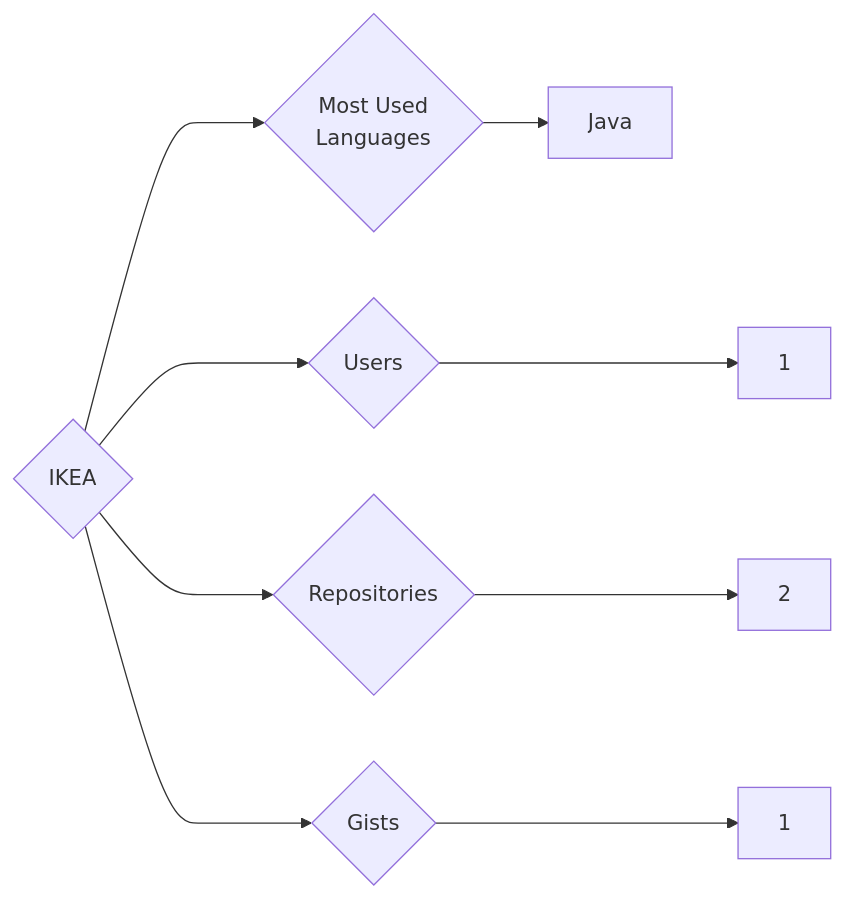
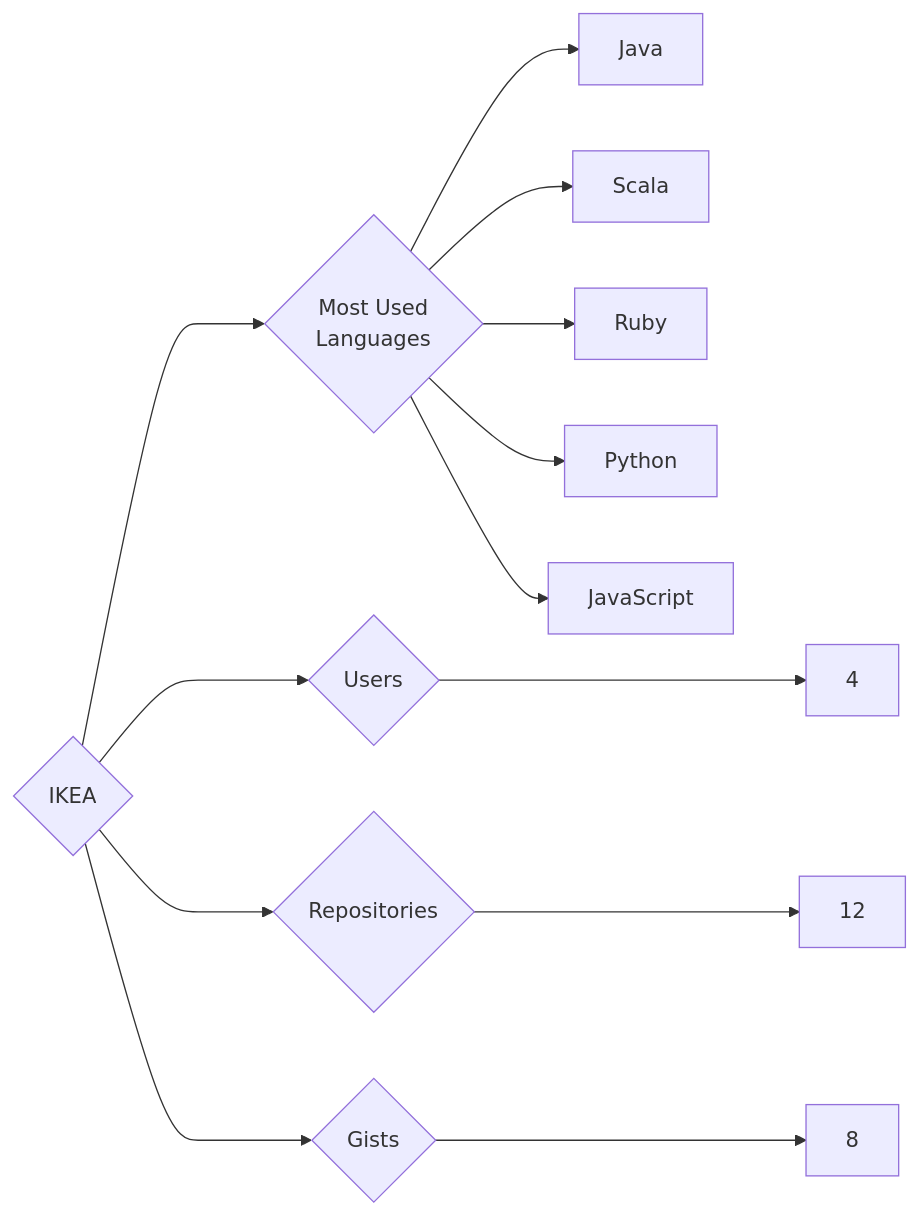
One commit to trickest/insiders changed the diagram in targets/IKEA/README.md. Above: the diagram before and after it, drawn with Mermaid. The commit also changed 1167 other files, not shown here.

````diff
--- a/targets/IKEA/README.md
+++ b/targets/IKEA/README.md
@@ -3,9 +3,13 @@
 ```mermaid
 graph LR
 COMPANY_NAME{IKEA}
-COMPANY_NAME ---> U{Users} ---> UN[1]
-COMPANY_NAME ---> R{Repositories} ---> RN[2]
-COMPANY_NAME ---> G{Gists} ---> GN[1]
+COMPANY_NAME ---> U{Users} ---> UN[4]
+COMPANY_NAME ---> R{Repositories} ---> RN[12]
+COMPANY_NAME ---> G{Gists} ---> GN[8]
 COMPANY_NAME ---> ML{Most Used<br>Languages}
 ML --> Java[Java]
+ML --> Scala[Scala]
+ML --> Ruby[Ruby]
+ML --> Python[Python]
+ML --> JavaScript[JavaScript]
 ```
````
